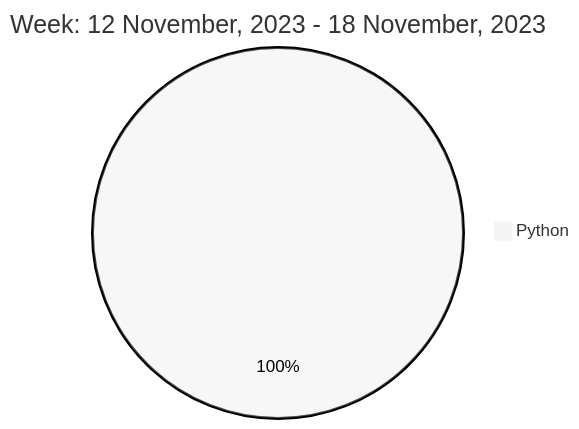
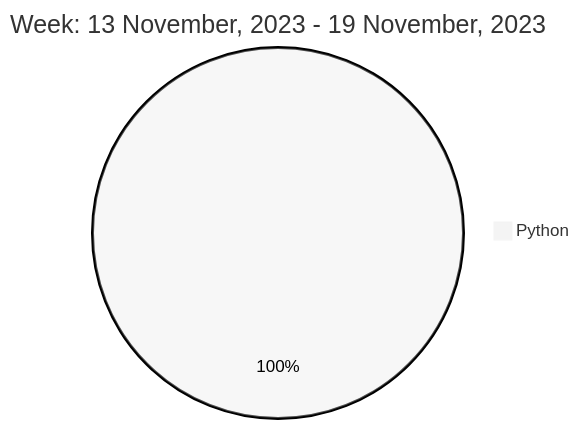
One commit to liubin95/liubin95 changed the diagram in README.md. Above: the diagram before and after it, drawn with Mermaid (neutral theme).

Commit message:
Updated the Graph with new Metrics

````diff
--- a/README.md
+++ b/README.md
@@ -37,5 +37,5 @@
 ```mermaid
  pie
-title Week: 12 November, 2023 - 18 November, 2023
+title Week: 13 November, 2023 - 19 November, 2023
  "Python" : 2.88
 ```
````
